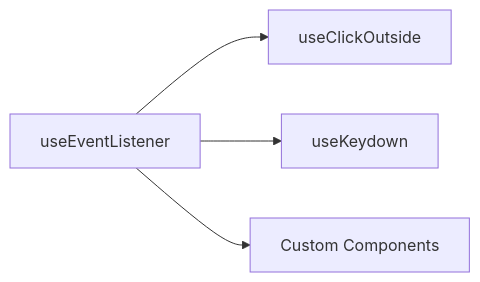
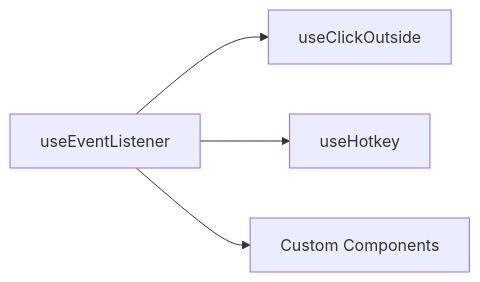
One commit to vuetifyjs/0 changed the diagram in apps/docs/src/pages/composables/system/use-event-listener.md. Above: the diagram before and after it, drawn with Mermaid. The commit also changed 15 other files, not shown here.

First line of the commit message:
refactor: remove useKeydown in favor of useHotkey

````diff
--- a/apps/docs/src/pages/composables/system/use-event-listener.md
+++ b/apps/docs/src/pages/composables/system/use-event-listener.md
@@ -68,6 +68,6 @@
 ```mermaid
 flowchart LR
   useEventListener --> useClickOutside
-  useEventListener --> useKeydown
+  useEventListener --> useHotkey
   useEventListener --> Components["Custom Components"]
 ```
````
